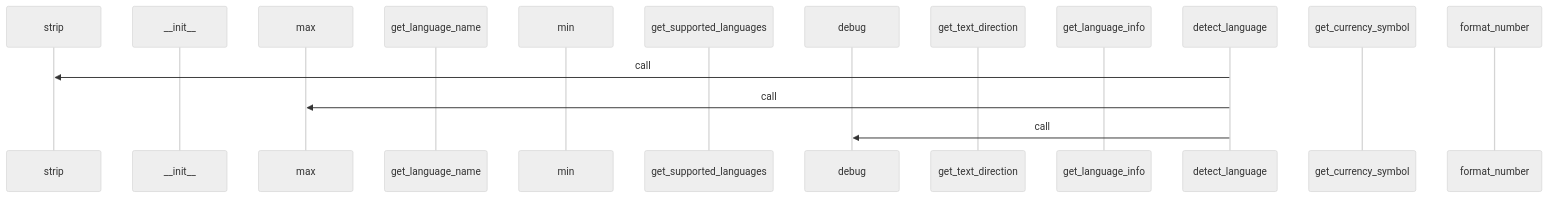
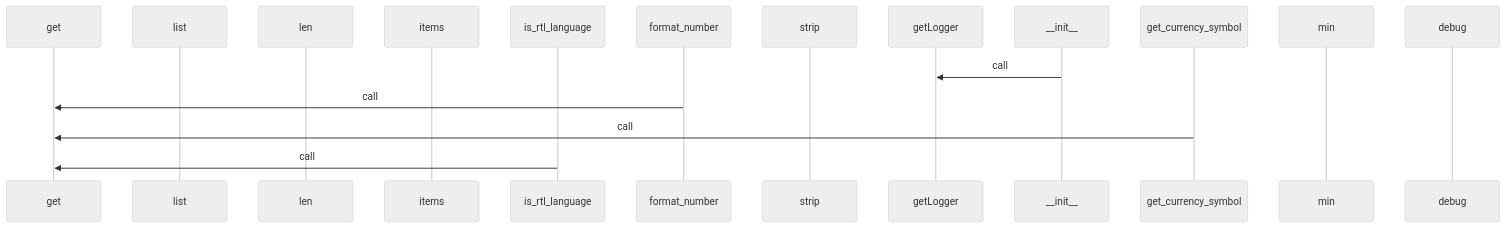
One commit to yeonjae-personal/codemuse-backend changed the third of 4 diagrams in generated_docs/rule_analyzer/shared/utils/language.md. Above: the diagram before and after it, drawn with Mermaid (neutral theme). The commit also changed other lines of this file and 3991 other files, not shown here.

First line of the commit message:
feat: 워크플로우 개선 및 핵심 문서 자동 생성 구현

````diff
--- a/generated_docs/rule_analyzer/shared/utils/language.md
+++ b/generated_docs/rule_analyzer/shared/utils/language.md
@@ -312,18 +312,19 @@
 ```mermaid
 sequenceDiagram
+  participant get as get
+  participant list as list
+  participant len as len
+  participant items as items
+  participant is_rtl_language as is_rtl_language
+  participant format_number as format_number
   participant strip as strip
+  participant getLogger as getLogger
   participant __init__ as __init__
-  participant max as max
-  participant get_language_name as get_language_name
+  participant get_currency_symbol as get_currency_symbol
   participant min as min
-  participant get_supported_languages as get_supported_languages
   participant debug as debug
-  participant get_text_direction as get_text_direction
-  participant get_language_info as get_language_info
-  participant detect_language as detect_language
-  participant get_currency_symbol as get_currency_symbol
-  participant format_number as format_number
-  detect_language->>strip: call
-  detect_language->>max: call
-  detect_language->>debug: call
+  __init__->>getLogger: call
+  format_number->>get: call
+  get_currency_symbol->>get: call
+  is_rtl_language->>get: call
 ```
````
